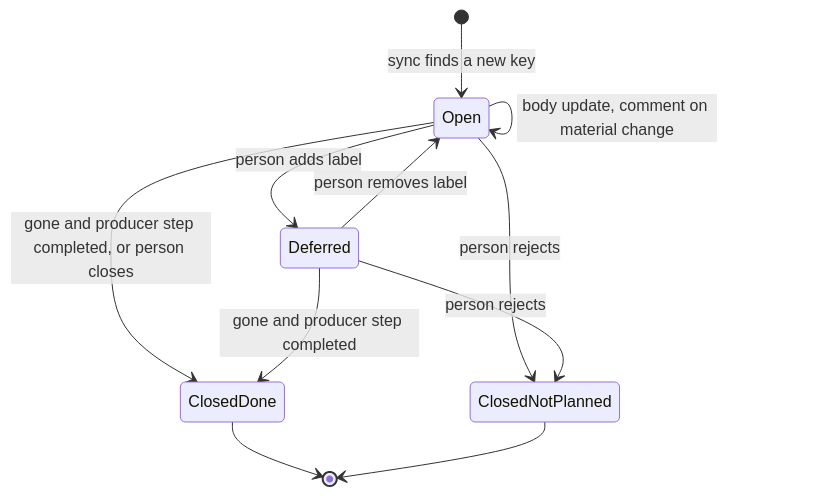
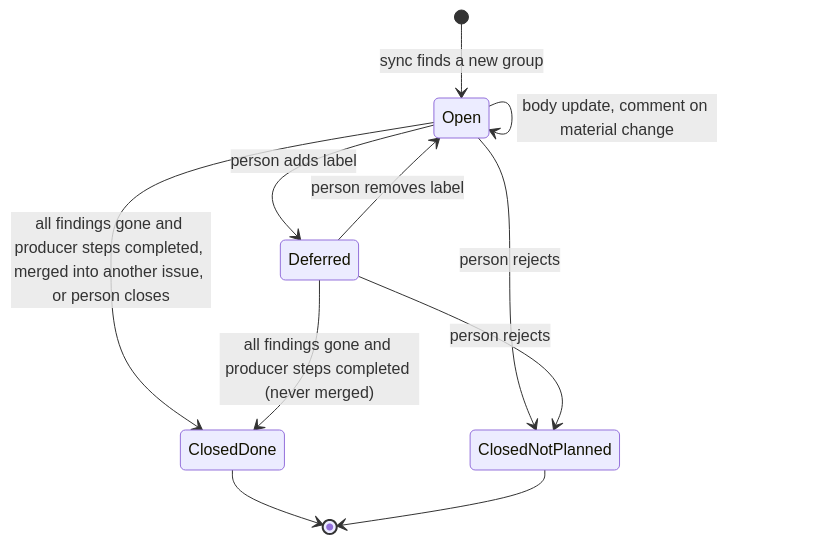
The third of 3 diagrams in docs/plans/2026-10-19-1905-chore-upkeep-item-issues-plan.md (twistymaze/longhand), drawn with Mermaid before and after one commit. The commit also changed other lines of this file, not shown here.

First line of the commit message:
docs: group the upkeep item issues and find urgent fixes from scratch each run

````diff
--- a/docs/plans/2026-10-19-1905-chore-upkeep-item-issues-plan.md
+++ b/docs/plans/2026-10-19-1905-chore-upkeep-item-issues-plan.md
@@ -178,13 +224,13 @@
 ```mermaid
 stateDiagram-v2
-  [*] --> Open: sync finds a new key
+  [*] --> Open: sync finds a new group
   Open --> Open: body update, comment on material change
   Open --> Deferred: person adds label
   Deferred --> Open: person removes label
-  Open --> ClosedDone: gone and producer step completed, or person closes
-  Deferred --> ClosedDone: gone and producer step completed
+  Open --> ClosedDone: all findings gone and producer steps completed, merged into another issue, or person closes
+  Deferred --> ClosedDone: all findings gone and producer steps completed (never merged)
   Open --> ClosedNotPlanned: person rejects
   Deferred --> ClosedNotPlanned: person rejects
   ClosedDone --> [*]
   ClosedNotPlanned --> [*]
 ```
````
